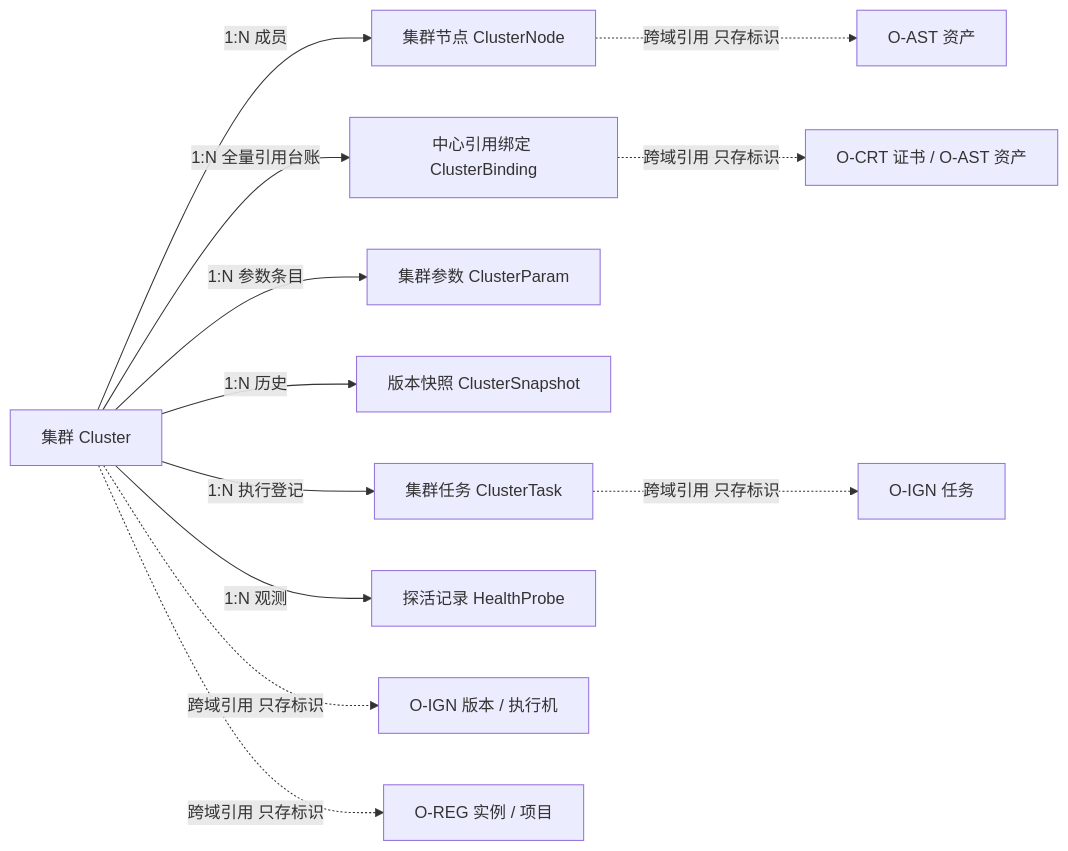
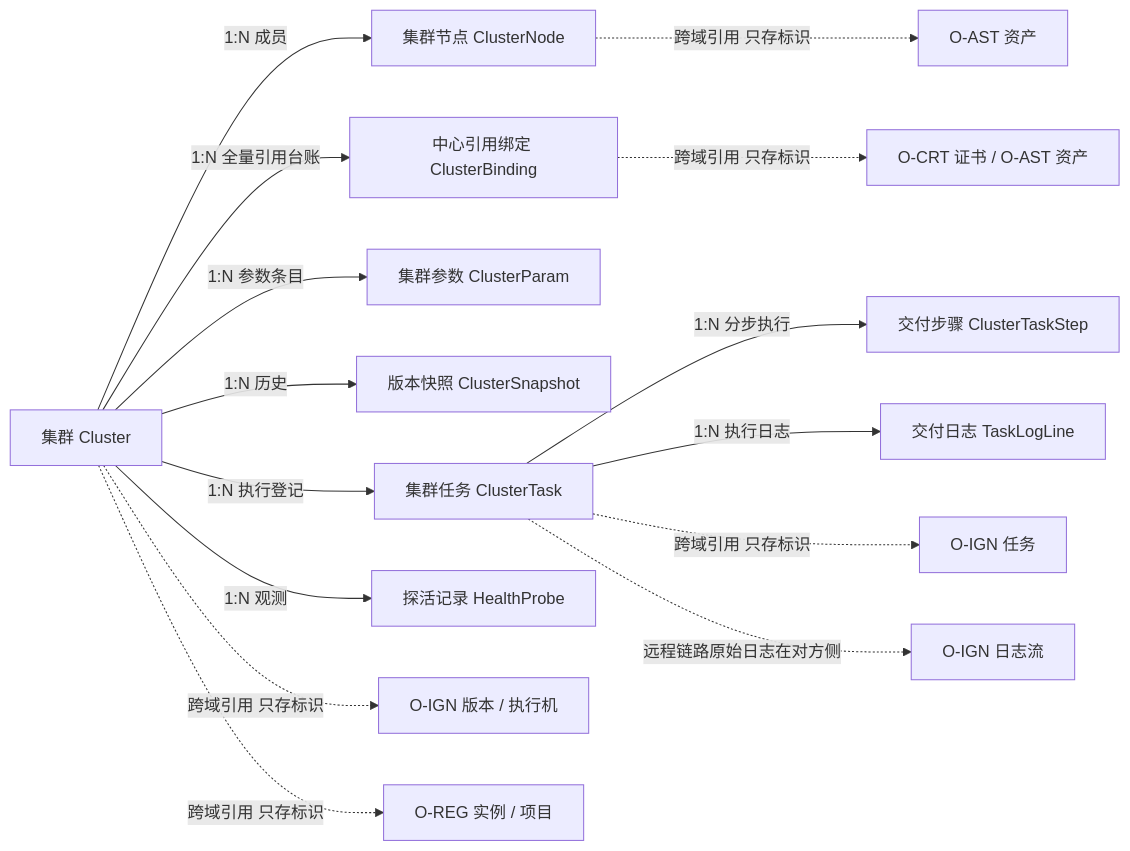
Before and after one commit to Project-Opic/opic-clc: the first of 9 diagrams in design/spec/需求规格说明书-OPIC-集群域.md, drawn with Mermaid. The commit also changed other lines of this file and 3 other files, not shown here.

````diff
--- a/design/spec/需求规格说明书-OPIC-集群域.md
+++ b/design/spec/需求规格说明书-OPIC-集群域.md
@@ -412,14 +488,17 @@
 ```mermaid
 flowchart LR
     C["集群 Cluster"] -->|1:N 成员| N["集群节点 ClusterNode"]
     C -->|1:N 全量引用台账| B["中心引用绑定 ClusterBinding"]
     C -->|1:N 参数条目| P["集群参数 ClusterParam"]
     C -->|1:N 历史| S["版本快照 ClusterSnapshot"]
     C -->|1:N 执行登记| T["集群任务 ClusterTask"]
     C -->|1:N 观测| H["探活记录 HealthProbe"]
+    T -->|1:N 分步执行| ST["交付步骤 ClusterTaskStep"]
+    T -->|1:N 执行日志| LG["交付日志 TaskLogLine"]
     C -.->|跨域引用 只存标识| X1["O-IGN 版本 / 执行机"]
     C -.->|跨域引用 只存标识| X2["O-REG 实例 / 项目"]
     B -.->|跨域引用 只存标识| X3["O-CRT 证书 / O-AST 资产"]
     N -.->|跨域引用 只存标识| X4["O-AST 资产"]
     T -.->|跨域引用 只存标识| X5["O-IGN 任务"]
+    T -.->|远程链路原始日志在对方侧| X6["O-IGN 日志流"]
 ```
````
